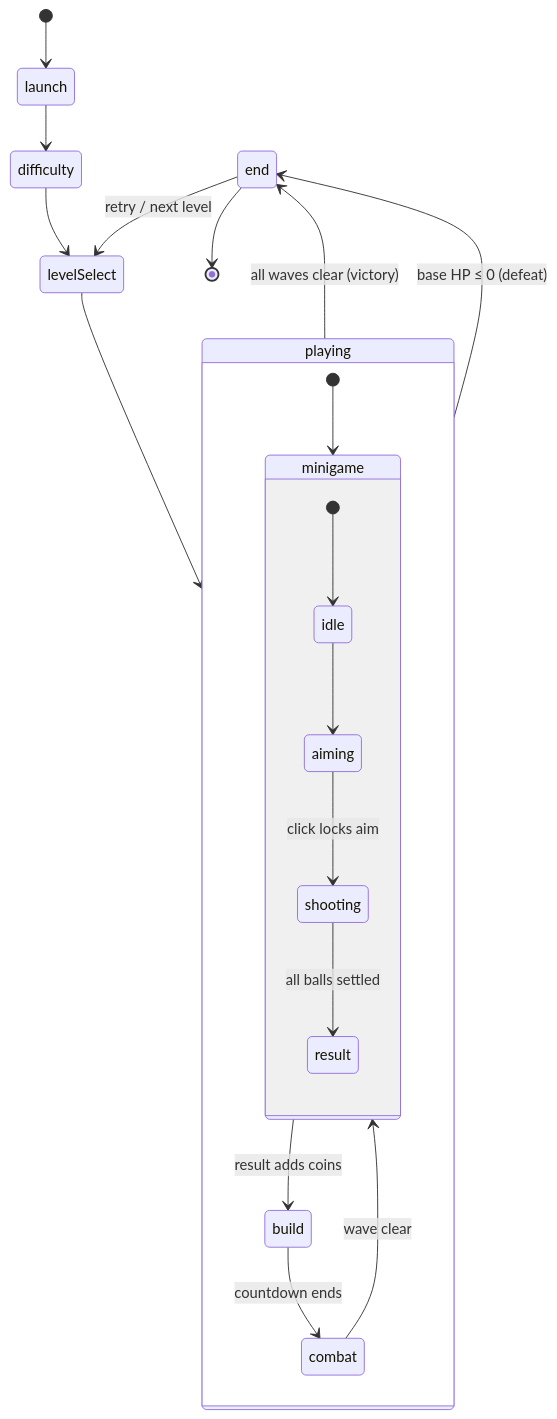
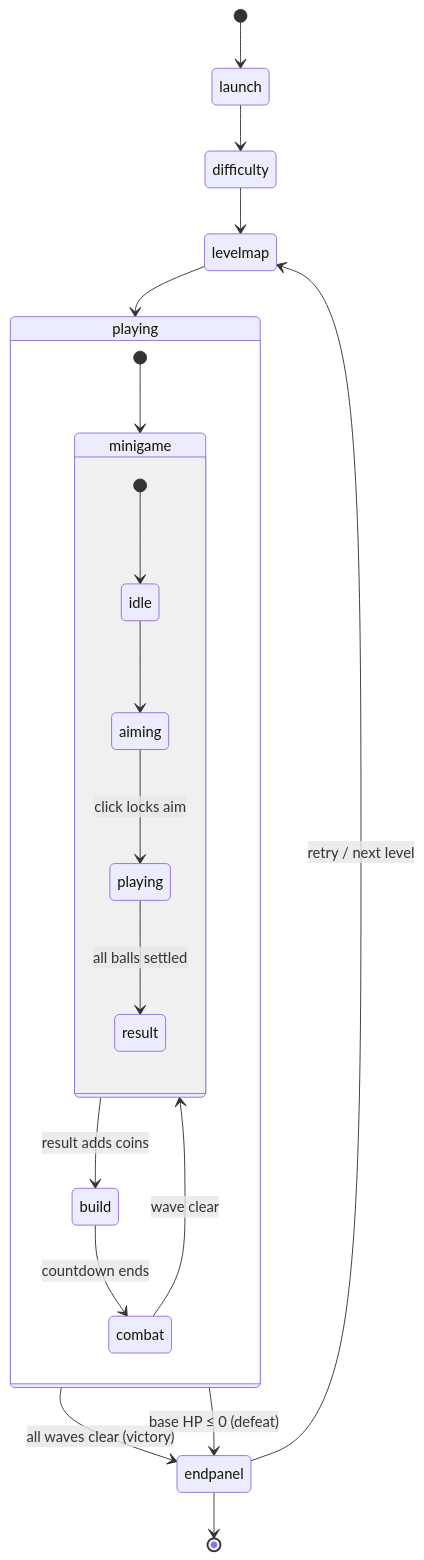
The second of 3 diagrams in REPORT.md (UoB-COMSM0166/2026-group-23), drawn with Mermaid before and after one commit. The commit also changed other lines of this file and 9 other files, not shown here.

````diff
--- a/REPORT.md
+++ b/REPORT.md
@@ -94,28 +99,28 @@
 ```mermaid
 stateDiagram-v2
     direction TB
-    state "end" as gameEnd
+    state "playing" as mgPlay
 
     [*] --> launch
     launch --> difficulty
-    difficulty --> levelSelect
-    levelSelect --> playing
+    difficulty --> levelmap
+    levelmap --> playing
 
     state playing {
         [*] --> minigame
         state minigame {
             [*] --> idle
             idle --> aiming
-            aiming --> shooting : click locks aim
-            shooting --> result : all balls settled
+            aiming --> mgPlay : click locks aim
+            mgPlay --> result : all balls settled
         }
         minigame --> build : result adds coins
         build --> combat : countdown ends
         combat --> minigame : wave clear
     }
 
-    playing --> gameEnd : all waves clear (victory)
-    playing --> gameEnd : base HP ≤ 0 (defeat)
-    gameEnd --> levelSelect : retry / next level
-    gameEnd --> [*]
+    playing --> endpanel : all waves clear (victory)
+    playing --> endpanel : base HP ≤ 0 (defeat)
+    endpanel --> levelmap : retry / next level
+    endpanel --> [*]
 ```
````
